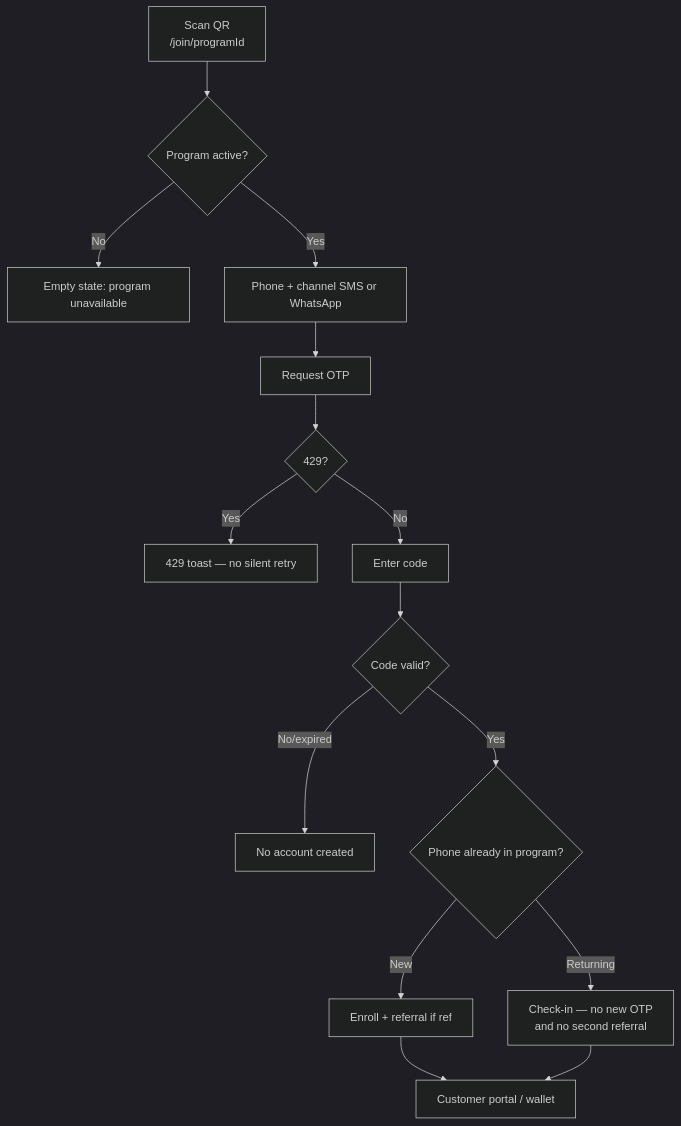
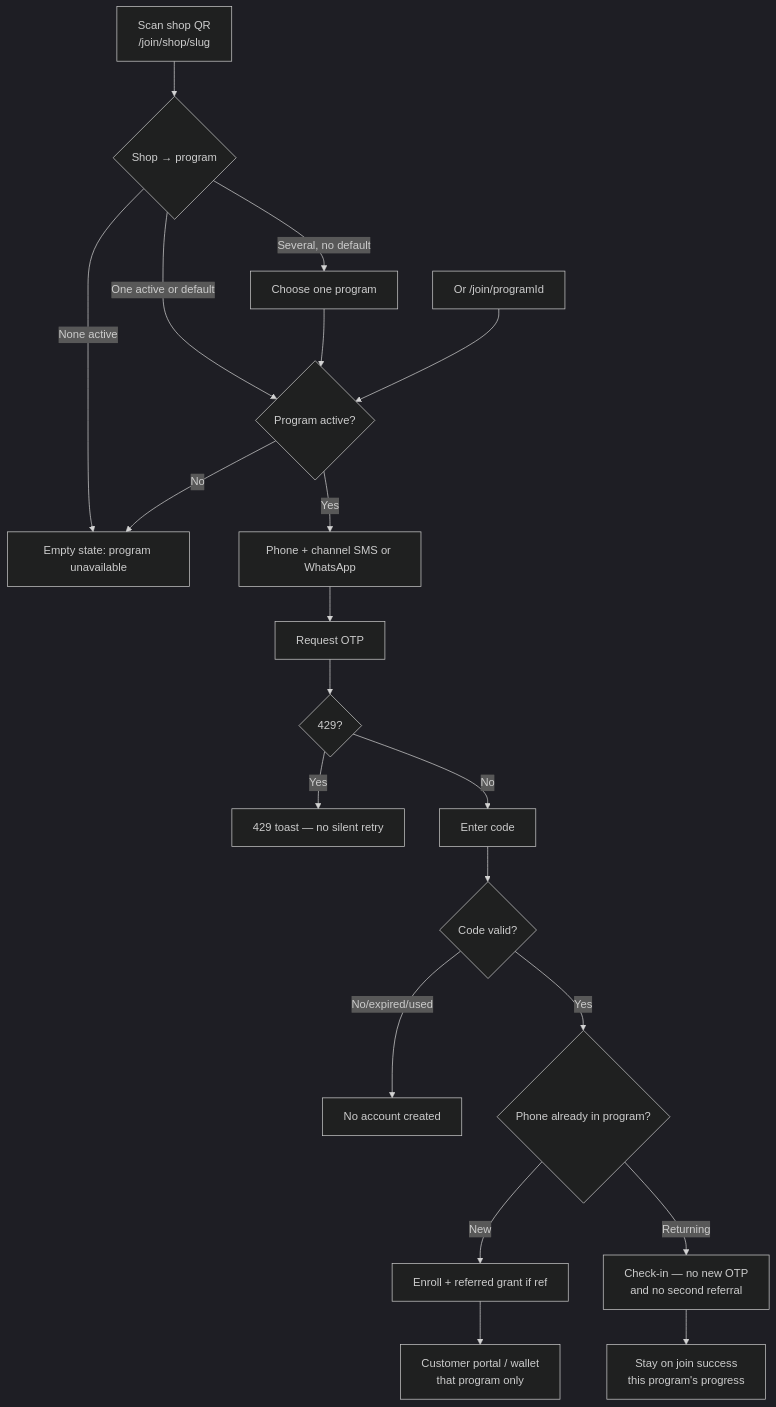
The eighth of 9 diagrams in docs/product/auth-login-register-ui-brief.md (Ali-sherif/loyollo-web), drawn with Mermaid (dark theme) before and after one commit. The commit also changed other lines of this file and 21 other files, not shown here.

First line of the commit message:
docs: update product manager meeting report and related documentation for customer authentication and loyalty program features

````diff
--- a/docs/product/auth-login-register-ui-brief.md
+++ b/docs/product/auth-login-register-ui-brief.md
@@ -221,17 +278,22 @@
 ```mermaid
 flowchart TD
-  QR["Scan QR\n/join/programId"] --> Prog{Program active?}
-  Prog -->|No| Empty["Empty state: program unavailable"]
+  QR["Scan shop QR\n/join/shop/slug"] --> Resolve{Shop → program}
+  Resolve -->|None active| Empty["Empty state: program unavailable"]
+  Resolve -->|Several, no default| Pick["Choose one program"]
+  Resolve -->|One active or default| Prog{Program active?}
+  Pick --> Prog
+  Direct["Or /join/programId"] --> Prog
+  Prog -->|No| Empty
   Prog -->|Yes| Phone["Phone + channel SMS or WhatsApp"]
   Phone --> Req["Request OTP"]
   Req --> RL{429?}
   RL -->|Yes| Toast["429 toast — no silent retry"]
   RL -->|No| Code["Enter code"]
   Code --> Valid{Code valid?}
-  Valid -->|No/expired| NoRow["No account created"]
+  Valid -->|No/expired/used| NoRow["No account created"]
   Valid -->|Yes| NewOrOld{Phone already in program?}
-  NewOrOld -->|New| Enroll["Enroll + referral if ref"]
+  NewOrOld -->|New| Enroll["Enroll + referred grant if ref"]
   NewOrOld -->|Returning| CheckIn["Check-in — no new OTP\nand no second referral"]
-  Enroll --> Portal["Customer portal / wallet"]
-  CheckIn --> Portal
+  Enroll --> Portal["Customer portal / wallet\nthat program only"]
+  CheckIn --> Stay["Stay on join success\nthis program's progress"]
 ```
````
